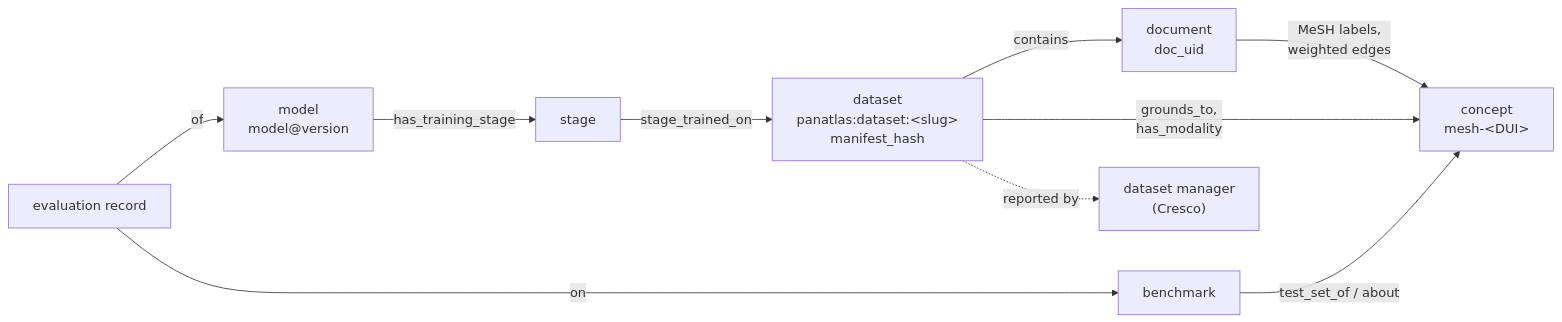
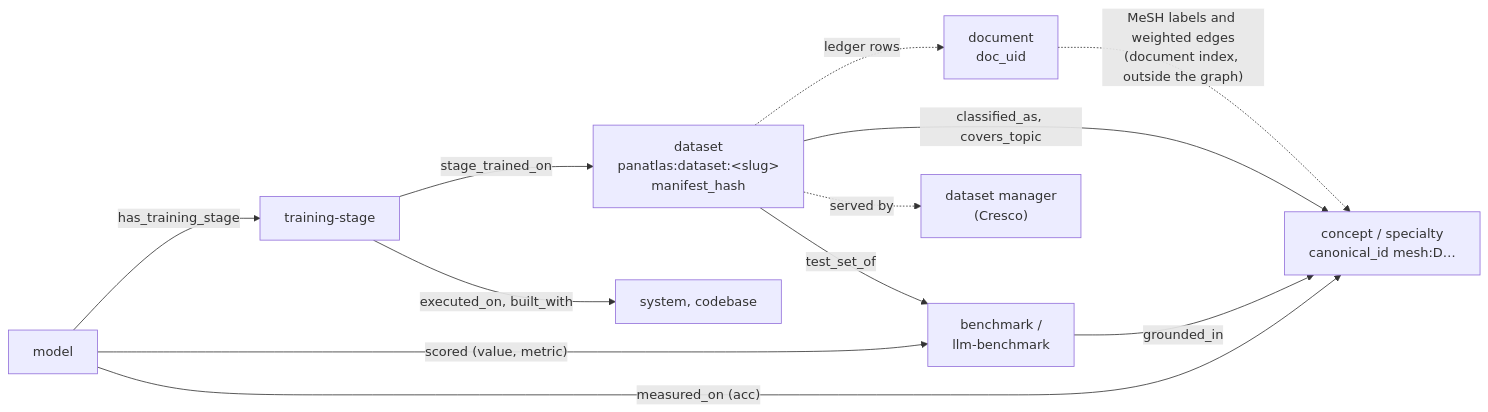
One commit to ThePanAtlas/docs changed the diagram in docs/metadata/index.md. Above: the diagram before and after it, drawn with Mermaid. The commit also changed other lines of this file and 18 other files, not shown here.

````diff
--- a/docs/metadata/index.md
+++ b/docs/metadata/index.md
@@ -10,12 +10,14 @@
 ```mermaid
 flowchart LR
-  DOC["document<br/>doc_uid"] -- "MeSH labels,<br/>weighted edges" --> CON["concept<br/>mesh-&lt;DUI&gt;"]
-  DS["dataset<br/>panatlas:dataset:&lt;slug&gt;<br/>manifest_hash"] -- contains --> DOC
-  DS -- "grounds_to,<br/>has_modality" --> CON
-  MOD["model<br/>model@version"] -- has_training_stage --> ST["stage"]
+  DOC["document<br/>doc_uid"] -. "MeSH labels and weighted edges<br/>(document index, outside the graph)" .-> CON["concept / specialty<br/>canonical_id mesh:D…"]
+  DS["dataset<br/>panatlas:dataset:&lt;slug&gt;<br/>manifest_hash"] -. "ledger rows" .-> DOC
+  DS -- "classified_as, covers_topic" --> CON
+  DS -- test_set_of --> BEN["benchmark /<br/>llm-benchmark"]
+  BEN -- grounded_in --> CON
+  MOD["model"] -- has_training_stage --> ST["training-stage"]
   ST -- stage_trained_on --> DS
-  BEN["benchmark"] -- test_set_of / about --> CON
-  RES["evaluation record"] -- of --> MOD
-  RES -- on --> BEN
-  DS -. "reported by" .-> MGR["dataset manager<br/>(Cresco)"]
+  ST -- "executed_on, built_with" --> SYS["system, codebase"]
+  MOD -- "scored (value, metric)" --> BEN
+  MOD -- "measured_on (acc)" --> CON
+  DS -. "served by" .-> MGR["dataset manager<br/>(Cresco)"]
 ```
````
